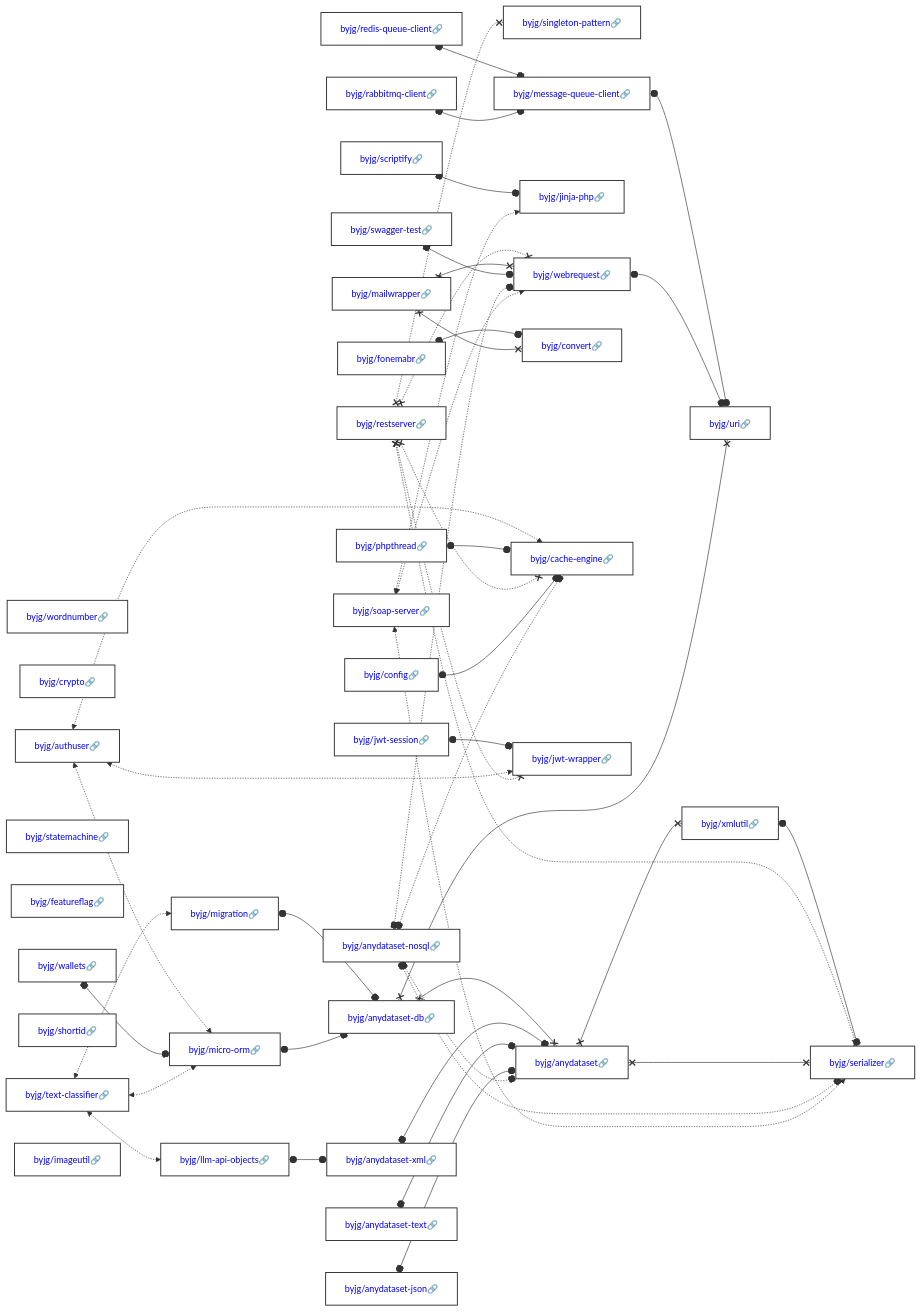
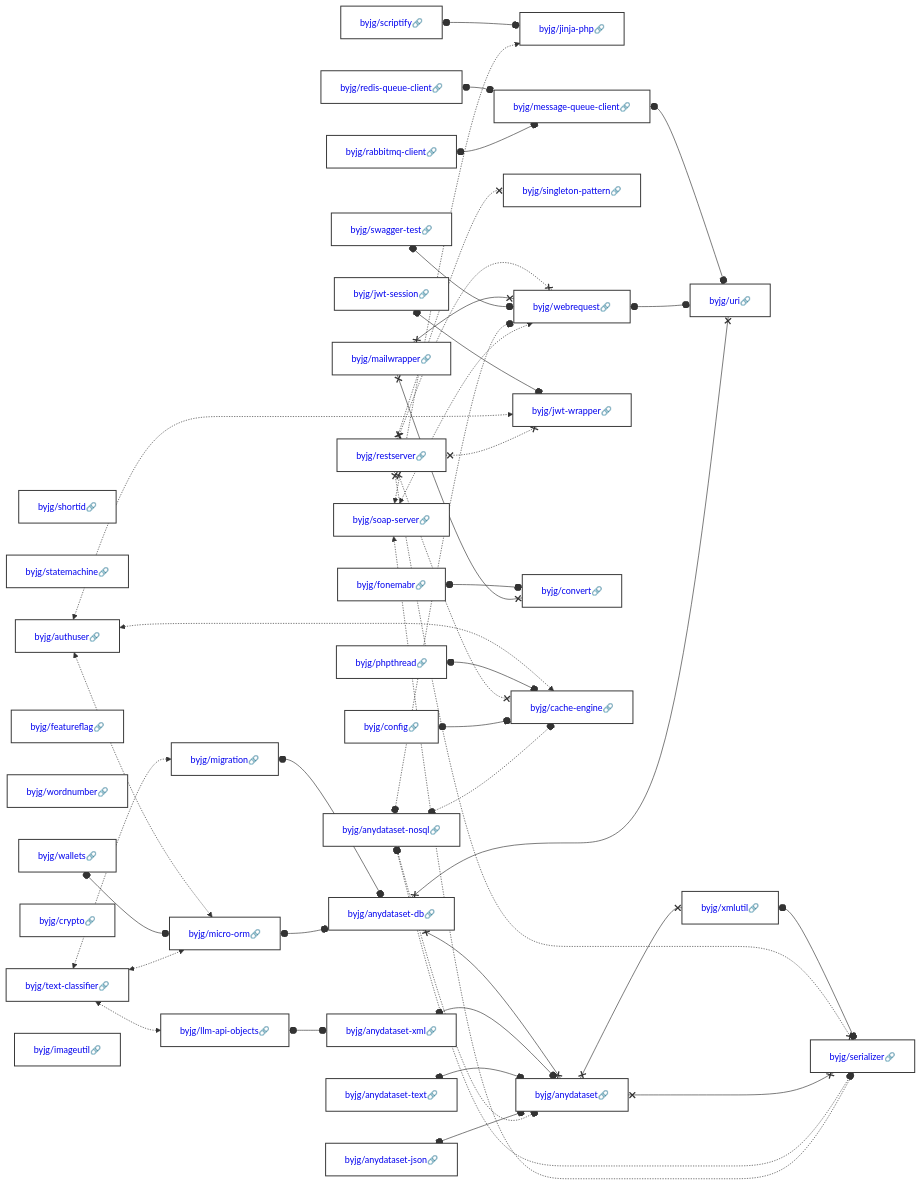
The diagram in docs/php/README.md (byjg/byjg.github.io), drawn with Mermaid before and after one commit. The commit also changed other lines of this file and 1 other file, not shown here.

Commit message:
Update documentation 'php' 'php-anydataset-db'

````diff
--- a/docs/php/README.md
+++ b/docs/php/README.md
@@ -3,38 +3,38 @@
 ```mermaid
 graph LR;
-  byjg/wordnumber[<a href='https://opensource.byjg.com/docs/php/wordnumber' style='text-decoration:none'>byjg/wordnumber🔗</a>];
+  byjg/shortid[<a href='https://opensource.byjg.com/docs/php/shortid' style='text-decoration:none'>byjg/shortid🔗</a>];
+  byjg/statemachine[<a href='https://opensource.byjg.com/docs/php/statemachine' style='text-decoration:none'>byjg/statemachine🔗</a>];
   byjg/anydataset-text[<a href='https://opensource.byjg.com/docs/php/anydataset-text' style='text-decoration:none'>byjg/anydataset-text🔗</a>];
+  byjg/wallets[<a href='https://opensource.byjg.com/docs/php/wallets' style='text-decoration:none'>byjg/wallets🔗</a>];
+  byjg/anydataset-nosql[<a href='https://opensource.byjg.com/docs/php/anydataset-nosql' style='text-decoration:none'>byjg/anydataset-nosql🔗</a>];
+  byjg/soap-server[<a href='https://opensource.byjg.com/docs/php/soap-server' style='text-decoration:none'>byjg/soap-server🔗</a>];
+  byjg/scriptify[<a href='https://opensource.byjg.com/docs/php/scriptify' style='text-decoration:none'>byjg/scriptify🔗</a>];
+  byjg/rabbitmq-client[<a href='https://opensource.byjg.com/docs/php/rabbitmq-client' style='text-decoration:none'>byjg/rabbitmq-client🔗</a>];
   byjg/redis-queue-client[<a href='https://opensource.byjg.com/docs/php/redis-queue-client' style='text-decoration:none'>byjg/redis-queue-client🔗</a>];
-  byjg/swagger-test[<a href='https://opensource.byjg.com/docs/php/swagger-test' style='text-decoration:none'>byjg/swagger-test🔗</a>];
-  byjg/crypto[<a href='https://opensource.byjg.com/docs/php/crypto' style='text-decoration:none'>byjg/crypto🔗</a>];
-  byjg/wallets[<a href='https://opensource.byjg.com/docs/php/wallets' style='text-decoration:none'>byjg/wallets🔗</a>];
-  byjg/statemachine[<a href='https://opensource.byjg.com/docs/php/statemachine' style='text-decoration:none'>byjg/statemachine🔗</a>];
-  byjg/anydataset-nosql[<a href='https://opensource.byjg.com/docs/php/anydataset-nosql' style='text-decoration:none'>byjg/anydataset-nosql🔗</a>];
   byjg/mailwrapper[<a href='https://opensource.byjg.com/docs/php/mailwrapper' style='text-decoration:none'>byjg/mailwrapper🔗</a>];
   byjg/featureflag[<a href='https://opensource.byjg.com/docs/php/featureflag' style='text-decoration:none'>byjg/featureflag🔗</a>];
-  byjg/soap-server[<a href='https://opensource.byjg.com/docs/php/soap-server' style='text-decoration:none'>byjg/soap-server🔗</a>];
+  byjg/wordnumber[<a href='https://opensource.byjg.com/docs/php/wordnumber' style='text-decoration:none'>byjg/wordnumber🔗</a>];
+  byjg/text-classifier[<a href='https://opensource.byjg.com/docs/php/text-classifier' style='text-decoration:none'>byjg/text-classifier🔗</a>];
   byjg/restserver[<a href='https://opensource.byjg.com/docs/php/restserver' style='text-decoration:none'>byjg/restserver🔗</a>];
+  byjg/crypto[<a href='https://opensource.byjg.com/docs/php/crypto' style='text-decoration:none'>byjg/crypto🔗</a>];
+  byjg/swagger-test[<a href='https://opensource.byjg.com/docs/php/swagger-test' style='text-decoration:none'>byjg/swagger-test🔗</a>];
+  byjg/authuser[<a href='https://opensource.byjg.com/docs/php/authuser' style='text-decoration:none'>byjg/authuser🔗</a>];
+  byjg/anydataset-json[<a href='https://opensource.byjg.com/docs/php/anydataset-json' style='text-decoration:none'>byjg/anydataset-json🔗</a>];
+  byjg/config[<a href='https://opensource.byjg.com/docs/php/config' style='text-decoration:none'>byjg/config🔗</a>];
+  byjg/jwt-session[<a href='https://opensource.byjg.com/docs/php/jwt-session' style='text-decoration:none'>byjg/jwt-session🔗</a>];
+  byjg/fonemabr[<a href='https://opensource.byjg.com/docs/php/fonemabr' style='text-decoration:none'>byjg/fonemabr🔗</a>];
+  byjg/imageutil[<a href='https://opensource.byjg.com/docs/php/imageutil' style='text-decoration:none'>byjg/imageutil🔗</a>];
   byjg/phpthread[<a href='https://opensource.byjg.com/docs/php/phpthread' style='text-decoration:none'>byjg/phpthread🔗</a>];
-  byjg/anydataset-json[<a href='https://opensource.byjg.com/docs/php/anydataset-json' style='text-decoration:none'>byjg/anydataset-json🔗</a>];
-  byjg/text-classifier[<a href='https://opensource.byjg.com/docs/php/text-classifier' style='text-decoration:none'>byjg/text-classifier🔗</a>];
-  byjg/shortid[<a href='https://opensource.byjg.com/docs/php/shortid' style='text-decoration:none'>byjg/shortid🔗</a>];
-  byjg/jwt-session[<a href='https://opensource.byjg.com/docs/php/jwt-session' style='text-decoration:none'>byjg/jwt-session🔗</a>];
-  byjg/scriptify[<a href='https://opensource.byjg.com/docs/php/scriptify' style='text-decoration:none'>byjg/scriptify🔗</a>];
-  byjg/config[<a href='https://opensource.byjg.com/docs/php/config' style='text-decoration:none'>byjg/config🔗</a>];
-  byjg/rabbitmq-client[<a href='https://opensource.byjg.com/docs/php/rabbitmq-client' style='text-decoration:none'>byjg/rabbitmq-client🔗</a>];
-  byjg/fonemabr[<a href='https://opensource.byjg.com/docs/php/fonemabr' style='text-decoration:none'>byjg/fonemabr🔗</a>];
-  byjg/authuser[<a href='https://opensource.byjg.com/docs/php/authuser' style='text-decoration:none'>byjg/authuser🔗</a>];
-  byjg/imageutil[<a href='https://opensource.byjg.com/docs/php/imageutil' style='text-decoration:none'>byjg/imageutil🔗</a>];
+  byjg/jinja-php[<a href='https://opensource.byjg.com/docs/php/jinja-php' style='text-decoration:none'>byjg/jinja-php🔗</a>];
+  byjg/message-queue-client[<a href='https://opensource.byjg.com/docs/php/message-queue-client' style='text-decoration:none'>byjg/message-queue-client🔗</a>];
+  byjg/migration[<a href='https://opensource.byjg.com/docs/php/migration' style='text-decoration:none'>byjg/migration🔗</a>];
+  byjg/llm-api-objects[<a href='https://opensource.byjg.com/docs/php/llm-api-objects' style='text-decoration:none'>byjg/llm-api-objects🔗</a>];
   byjg/singleton-pattern[<a href='https://opensource.byjg.com/docs/php/singleton-pattern' style='text-decoration:none'>byjg/singleton-pattern🔗</a>];
   byjg/webrequest[<a href='https://opensource.byjg.com/docs/php/webrequest' style='text-decoration:none'>byjg/webrequest🔗</a>];
-  byjg/migration[<a href='https://opensource.byjg.com/docs/php/migration' style='text-decoration:none'>byjg/migration🔗</a>];
-  byjg/llm-api-objects[<a href='https://opensource.byjg.com/docs/php/llm-api-objects' style='text-decoration:none'>byjg/llm-api-objects🔗</a>];
-  byjg/jinja-php[<a href='https://opensource.byjg.com/docs/php/jinja-php' style='text-decoration:none'>byjg/jinja-php🔗</a>];
-  byjg/message-queue-client[<a href='https://opensource.byjg.com/docs/php/message-queue-client' style='text-decoration:none'>byjg/message-queue-client🔗</a>];
+  byjg/micro-orm[<a href='https://opensource.byjg.com/docs/php/micro-orm' style='text-decoration:none'>byjg/micro-orm🔗</a>];
+  byjg/jwt-wrapper[<a href='https://opensource.byjg.com/docs/php/jwt-wrapper' style='text-decoration:none'>byjg/jwt-wrapper🔗</a>];
   byjg/convert[<a href='https://opensource.byjg.com/docs/php/convert' style='text-decoration:none'>byjg/convert🔗</a>];
-  byjg/micro-orm[<a href='https://opensource.byjg.com/docs/php/micro-orm' style='text-decoration:none'>byjg/micro-orm🔗</a>];
   byjg/cache-engine[<a href='https://opensource.byjg.com/docs/php/cache-engine' style='text-decoration:none'>byjg/cache-engine🔗</a>];
-  byjg/jwt-wrapper[<a href='https://opensource.byjg.com/docs/php/jwt-wrapper' style='text-decoration:none'>byjg/jwt-wrapper🔗</a>];
   byjg/anydataset-xml[<a href='https://opensource.byjg.com/docs/php/anydataset-xml' style='text-decoration:none'>byjg/anydataset-xml🔗</a>];
   byjg/anydataset-db[<a href='https://opensource.byjg.com/docs/php/anydataset-db' style='text-decoration:none'>byjg/anydataset-db🔗</a>];
   byjg/anydataset[<a href='https://opensource.byjg.com/docs/php/anydataset' style='text-decoration:none'>byjg/anydataset🔗</a>];
````
